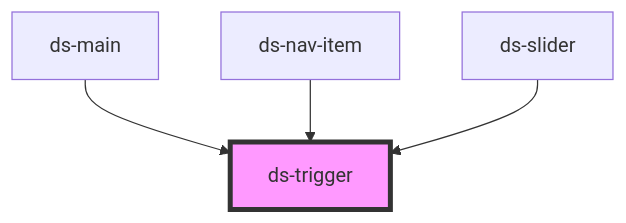
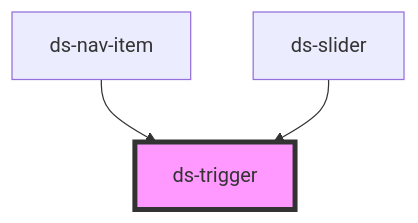
Before and after one commit to jezoock/dot-stash: the diagram in components/core/trigger/readme.md, drawn with Mermaid. The commit also changed other lines of this file and 24 other files, not shown here.

````diff
--- a/components/core/trigger/readme.md
+++ b/components/core/trigger/readme.md
@@ -34,7 +33,6 @@
 ```mermaid
 graph TD;
-  ds-main --> ds-trigger
   ds-nav-item --> ds-trigger
   ds-slider --> ds-trigger
   style ds-trigger fill:#f9f,stroke:#333,stroke-width:4px
 ```
````
